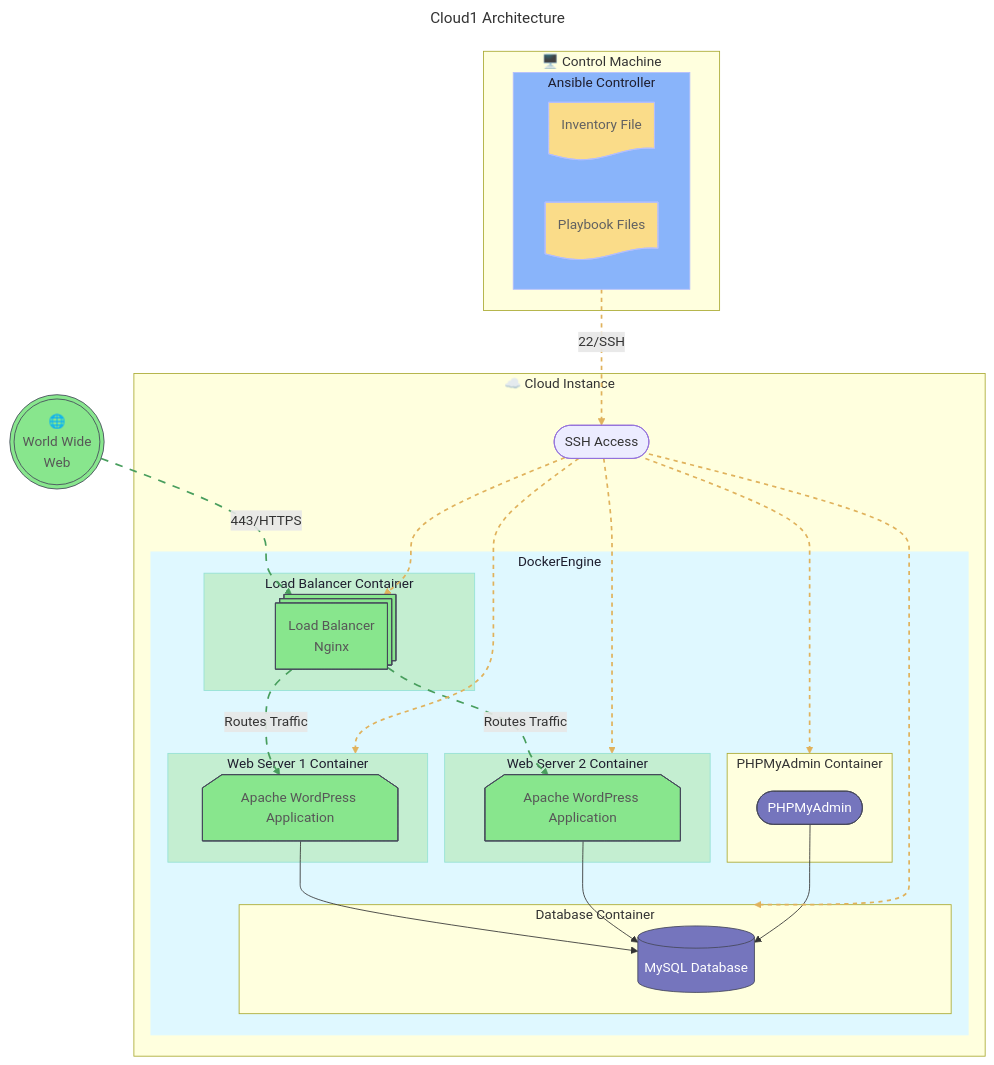
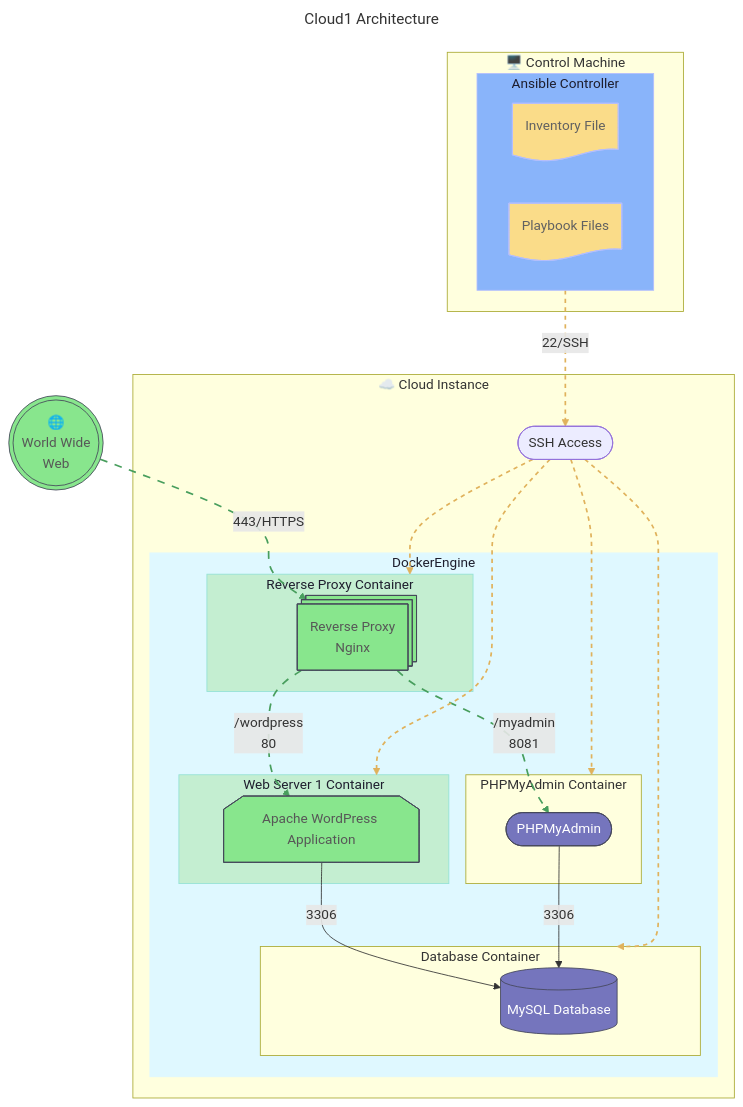
The first of 2 diagrams in WordPressDeploy/README.md (Tablerase/Cloud1), drawn with Mermaid before and after one commit. The commit also changed other lines of this file and 5 other files, not shown here.

````diff
--- a/WordPressDeploy/README.md
+++ b/WordPressDeploy/README.md
@@ -37,66 +37,61 @@
 ```mermaid
 ---
 title: Cloud1 Architecture
 config:
   layout: dagre
 ---
 flowchart TB
     WorldWideWeb@{ shape: dbl-circ, label: "🌐<br>World Wide<br>Web" }
     subgraph ControlMachine["🖥️ Control Machine"]
       subgraph AnsibleController["Ansible Controller"]
         InvFile@{ shape: doc, label: "Inventory File" }
         PLY@{ shape: doc, label: "Playbook Files" }
       end
     end
     subgraph Cloud["☁️ Cloud Instance"]
       sshAccess@{ shape: terminal, label: "SSH Access" }
       subgraph DockerEngine
         subgraph DatabaseContainer["Database Container"]
             DB@{ shape: database, label: "MySQL Database" }
         end
         subgraph PMAContainer["PHPMyAdmin Container"]
             PMA@{ shape: terminal, label: "PHPMyAdmin" }
         end
-        subgraph LoadBalancerContainer["Load Balancer Container"]
-            LB@{ shape: procs, label: "Load Balancer<br>Nginx" }
+        subgraph ReverseProxyContainer["Reverse Proxy Container"]
+            RVP@{ shape: procs, label: "Reverse Proxy<br>Nginx" }
         end
         subgraph WebServer1Container["Web Server 1 Container"]
             WP1@{ shape: loop-limit, label: "Apache WordPress Application" }
         end
-        subgraph WebServer2Container["Web Server 2 Container"]
-            WP2@{ shape: loop-limit, label: "Apache WordPress Application" }
-        end
       end
     end
 
-    WorldWideWeb w@-->|443/HTTPS| LB
+    WorldWideWeb w@-->|443/HTTPS| RVP
     AnsibleController assh@-->|22/SSH| sshAccess
-    sshAccess alb@--> LB
+    sshAccess arvp@--> ReverseProxyContainer
     sshAccess aws1@--> WebServer1Container
-    sshAccess aws2@--> WebServer2Container
     sshAccess adb@--> DatabaseContainer
     sshAccess apma@--> PMAContainer
-    LB lb1@-->|Routes Traffic| WP1
-    LB lb2@-->|Routes Traffic| WP2
-    WP1 --> DB
-    WP2 --> DB
-    PMA --> DB
+    RVP rvp1@-->|/wordpress<br>80| WP1
+    RVP rvp2@-->|/myadmin<br>8081| PMA
+    WP1 -->|3306| DB
+    PMA -->|3306| DB
 
     classDef files fill: #fadc89ff,color: #616161ff,stroke: #b4befe
     classDef database fill: #7575bdff,color: #ffffffff,stroke: #45475a
     classDef web fill: #88e68dff,color: #575757ff,stroke: #45475a
     classDef ansible fill: #89b4fa,color: #1e1e2e,stroke: #b4befe
     classDef webContainer fill: #a6e3a17c,color: #1e1e2e,stroke: #94e2d5
     classDef docker fill: #dff8ffff,color: #1e1e2e,stroke: #dff8ffff
     classDef web-anim stroke-dasharray: 9,5, stroke-dashoffset: 900, stroke-width: 2, stroke: #489e5dff, animation: dash 25s linear infinite;
     classDef ansible-anim stroke-dasharray: 5,5, stroke-dashoffset: 300, stroke-width: 2, stroke: #e0b25cff, animation: dash 25s linear infinite;
 
-    class lb1,lb2,w web-anim
-    class assh,alb,aws1,aws2,adb,apma ansible-anim
+    class rvp1,rvp2,w web-anim
+    class assh,arvp,aws1,adb,apma ansible-anim
     class InvFile,PLY files
     class DB,PMA database
-    class LB,WP1,WP2,WorldWideWeb web
+    class RVP,WP1,WP2,WorldWideWeb web
     class AnsibleController ansible
-    class WebServer1Container,WebServer2Container,LoadBalancerContainer webContainer
+    class WebServer1Container,WebServer2Container,ReverseProxyContainer webContainer
     class DockerEngine docker
 ```
````
